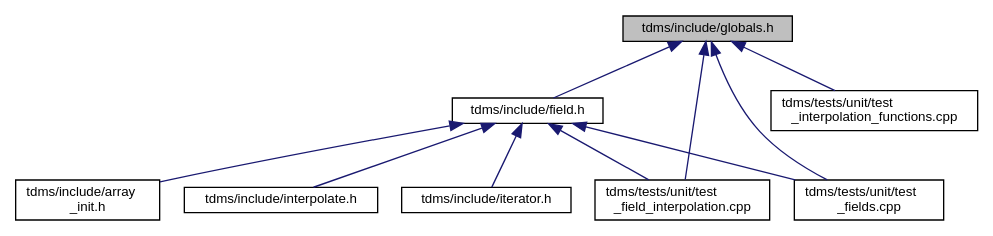
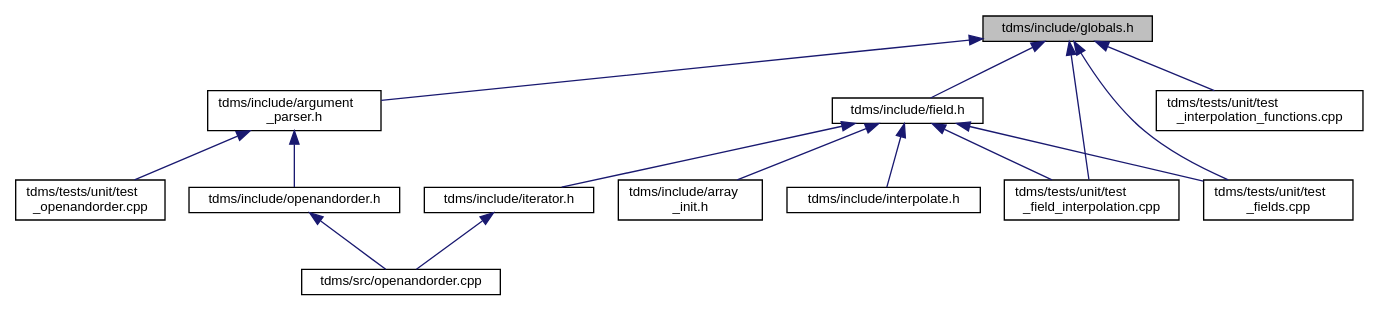
Before and after one commit to UCL/TDMS: the diagram in globals_8h__dep__incl.dot, drawn with Graphviz. The commit also changed 104 other files, not shown here.

```diff
--- a/globals_8h__dep__incl.dot
+++ b/globals_8h__dep__incl.dot
@@ -1,23 +1,32 @@
 digraph "tdms/include/globals.h"
 {
  // LATEX_PDF_SIZE
   edge [fontname="Helvetica",fontsize="10",labelfontname="Helvetica",labelfontsize="10"];
   node [fontname="Helvetica",fontsize="10",shape=record];
   Node1 [label="tdms/include/globals.h",height=0.2,width=0.4,color="black", fillcolor="grey75", style="filled", fontcolor="black",tooltip="Type definitions and global constants."];
   Node1 -> Node2 [dir="back",color="midnightblue",fontsize="10",style="solid",fontname="Helvetica"];
-  Node2 [label="tdms/include/field.h",height=0.2,width=0.4,color="black", fillcolor="white", style="filled",URL="$field_8h.html",tooltip="Classes for the electric and magnetic (split) fields on a grid."];
+  Node2 [label="tdms/include/argument\l_parser.h",height=0.2,width=0.4,color="black", fillcolor="white", style="filled",URL="$argument__parser_8h.html",tooltip="Parse the command line options."];
   Node2 -> Node3 [dir="back",color="midnightblue",fontsize="10",style="solid",fontname="Helvetica"];
-  Node3 [label="tdms/include/array\l_init.h",height=0.2,width=0.4,color="black", fillcolor="white", style="filled",URL="$array__init_8h.html",tooltip="A collection of functions for array initialisation given MATLAB pointers."];
-  Node2 -> Node4 [dir="back",color="midnightblue",fontsize="10",style="solid",fontname="Helvetica"];
-  Node4 [label="tdms/include/interpolate.h",height=0.2,width=0.4,color="black", fillcolor="white", style="filled",URL="$interpolate_8h.html",tooltip="Interpolation of field values within FDTD grid."];
+  Node3 [label="tdms/include/openandorder.h",height=0.2,width=0.4,color="black", fillcolor="white", style="filled",URL="$openandorder_8h.html",tooltip="Launch TDMS and file IO."];
+  Node3 -> Node4 [dir="back",color="midnightblue",fontsize="10",style="solid",fontname="Helvetica"];
+  Node4 [label="tdms/src/openandorder.cpp",height=0.2,width=0.4,color="black", fillcolor="white", style="filled",URL="$openandorder_8cpp.html",tooltip="Launch and file IO."];
   Node2 -> Node5 [dir="back",color="midnightblue",fontsize="10",style="solid",fontname="Helvetica"];
-  Node5 [label="tdms/include/iterator.h",height=0.2,width=0.4,color="black", fillcolor="white", style="filled",URL="$iterator_8h.html",tooltip="The main time propogation algorithm."];
-  Node2 -> Node6 [dir="back",color="midnightblue",fontsize="10",style="solid",fontname="Helvetica"];
-  Node6 [label="tdms/tests/unit/test\l_field_interpolation.cpp",height=0.2,width=0.4,color="black", fillcolor="white", style="filled",URL="$test__field__interpolation_8cpp.html",tooltip="Tests interpolation of E- and H-fields and compares the errors against MATLAB benchmarks."];
-  Node2 -> Node7 [dir="back",color="midnightblue",fontsize="10",style="solid",fontname="Helvetica"];
-  Node7 [label="tdms/tests/unit/test\l_fields.cpp",height=0.2,width=0.4,color="black", fillcolor="white", style="filled",URL="$test__fields_8cpp.html",tooltip="Test of the Field class and subclasses."];
+  Node5 [label="tdms/tests/unit/test\l_openandorder.cpp",height=0.2,width=0.4,color="black", fillcolor="white", style="filled",URL="$test__openandorder_8cpp.html",tooltip="Tests of the argument parsing and file I/O."];
   Node1 -> Node6 [dir="back",color="midnightblue",fontsize="10",style="solid",fontname="Helvetica"];
-  Node1 -> Node7 [dir="back",color="midnightblue",fontsize="10",style="solid",fontname="Helvetica"];
-  Node1 -> Node8 [dir="back",color="midnightblue",fontsize="10",style="solid",fontname="Helvetica"];
-  Node8 [label="tdms/tests/unit/test\l_interpolation_functions.cpp",height=0.2,width=0.4,color="black", fillcolor="white", style="filled",URL="$test__interpolation__functions_8cpp.html",tooltip="Tests the performance of the interpolation functions, using 1D data mimicing a coordinate axes."];
+  Node6 [label="tdms/include/field.h",height=0.2,width=0.4,color="black", fillcolor="white", style="filled",URL="$field_8h.html",tooltip="Classes for the electric and magnetic (split) fields on a grid."];
+  Node6 -> Node7 [dir="back",color="midnightblue",fontsize="10",style="solid",fontname="Helvetica"];
+  Node7 [label="tdms/include/array\l_init.h",height=0.2,width=0.4,color="black", fillcolor="white", style="filled",URL="$array__init_8h.html",tooltip="A collection of functions for array initialisation given MATLAB pointers."];
+  Node6 -> Node8 [dir="back",color="midnightblue",fontsize="10",style="solid",fontname="Helvetica"];
+  Node8 [label="tdms/include/interpolate.h",height=0.2,width=0.4,color="black", fillcolor="white", style="filled",URL="$interpolate_8h.html",tooltip="Interpolation of field values within FDTD grid."];
+  Node6 -> Node9 [dir="back",color="midnightblue",fontsize="10",style="solid",fontname="Helvetica"];
+  Node9 [label="tdms/include/iterator.h",height=0.2,width=0.4,color="black", fillcolor="white", style="filled",URL="$iterator_8h.html",tooltip="The main time propogation algorithm."];
+  Node9 -> Node4 [dir="back",color="midnightblue",fontsize="10",style="solid",fontname="Helvetica"];
+  Node6 -> Node10 [dir="back",color="midnightblue",fontsize="10",style="solid",fontname="Helvetica"];
+  Node10 [label="tdms/tests/unit/test\l_field_interpolation.cpp",height=0.2,width=0.4,color="black", fillcolor="white", style="filled",URL="$test__field__interpolation_8cpp.html",tooltip="Tests interpolation of E- and H-fields and compares the errors against MATLAB benchmarks."];
+  Node6 -> Node11 [dir="back",color="midnightblue",fontsize="10",style="solid",fontname="Helvetica"];
+  Node11 [label="tdms/tests/unit/test\l_fields.cpp",height=0.2,width=0.4,color="black", fillcolor="white", style="filled",URL="$test__fields_8cpp.html",tooltip="Test of the Field class and subclasses."];
+  Node1 -> Node10 [dir="back",color="midnightblue",fontsize="10",style="solid",fontname="Helvetica"];
+  Node1 -> Node11 [dir="back",color="midnightblue",fontsize="10",style="solid",fontname="Helvetica"];
+  Node1 -> Node12 [dir="back",color="midnightblue",fontsize="10",style="solid",fontname="Helvetica"];
+  Node12 [label="tdms/tests/unit/test\l_interpolation_functions.cpp",height=0.2,width=0.4,color="black", fillcolor="white", style="filled",URL="$test__interpolation__functions_8cpp.html",tooltip="Tests the performance of the interpolation functions, using 1D data mimicing a coordinate axes."];
 }
```
